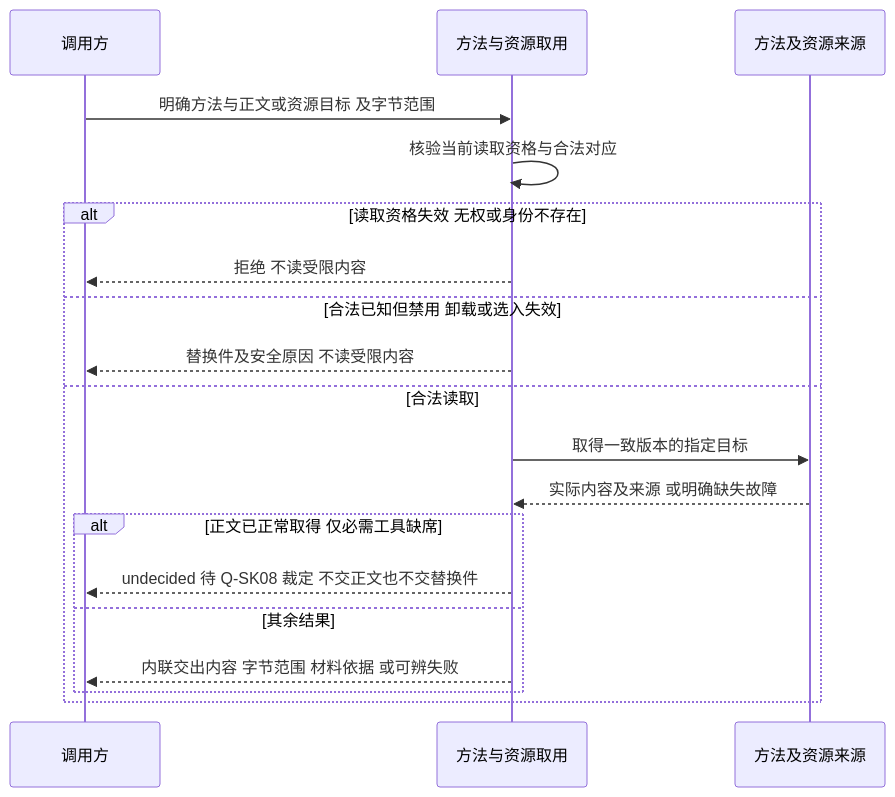
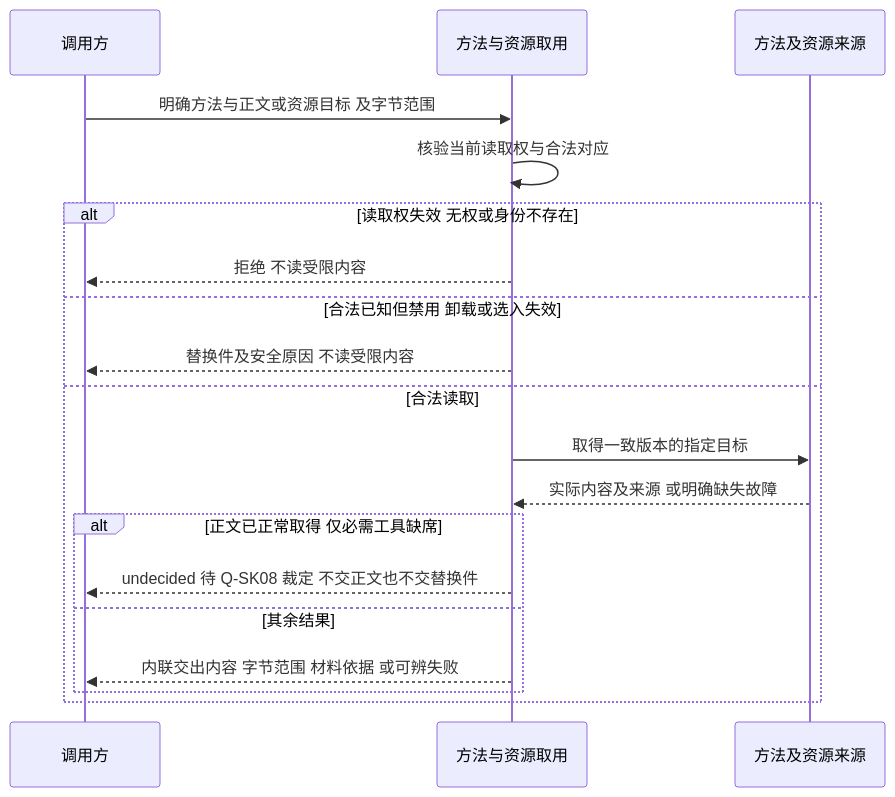
One commit to nemori-ai/omne-harness-lite changed the first of 4 diagrams in docs/domains/skills/key-flows.md. Above: the diagram before and after it, drawn with Mermaid. The commit also changed other lines of this file and 4 other files, not shown here.

````diff
--- a/docs/domains/skills/key-flows.md
+++ b/docs/domains/skills/key-flows.md
@@ -15,21 +15,21 @@
 ```mermaid
 sequenceDiagram
   participant C as 调用方
   participant A as 方法与资源取用
   participant S as 方法及资源来源
   C->>A: 明确方法与正文或资源目标 及字节范围
-  A->>A: 核验当前读取资格与合法对应
-  alt 读取资格失效 无权或身份不存在
+  A->>A: 核验当前读取权与合法对应
+  alt 读取权失效 无权或身份不存在
     A-->>C: 拒绝 不读受限内容
   else 合法已知但禁用 卸载或选入失效
     A-->>C: 替换件及安全原因 不读受限内容
   else 合法读取
     A->>S: 取得一致版本的指定目标
     S-->>A: 实际内容及来源 或明确缺失故障
     alt 正文已正常取得 仅必需工具缺席
       A-->>C: undecided 待 Q-SK08 裁定 不交正文也不交替换件
     else 其余结果
       A-->>C: 内联交出内容 字节范围 材料依据 或可辨失败
     end
   end
 ```
````
